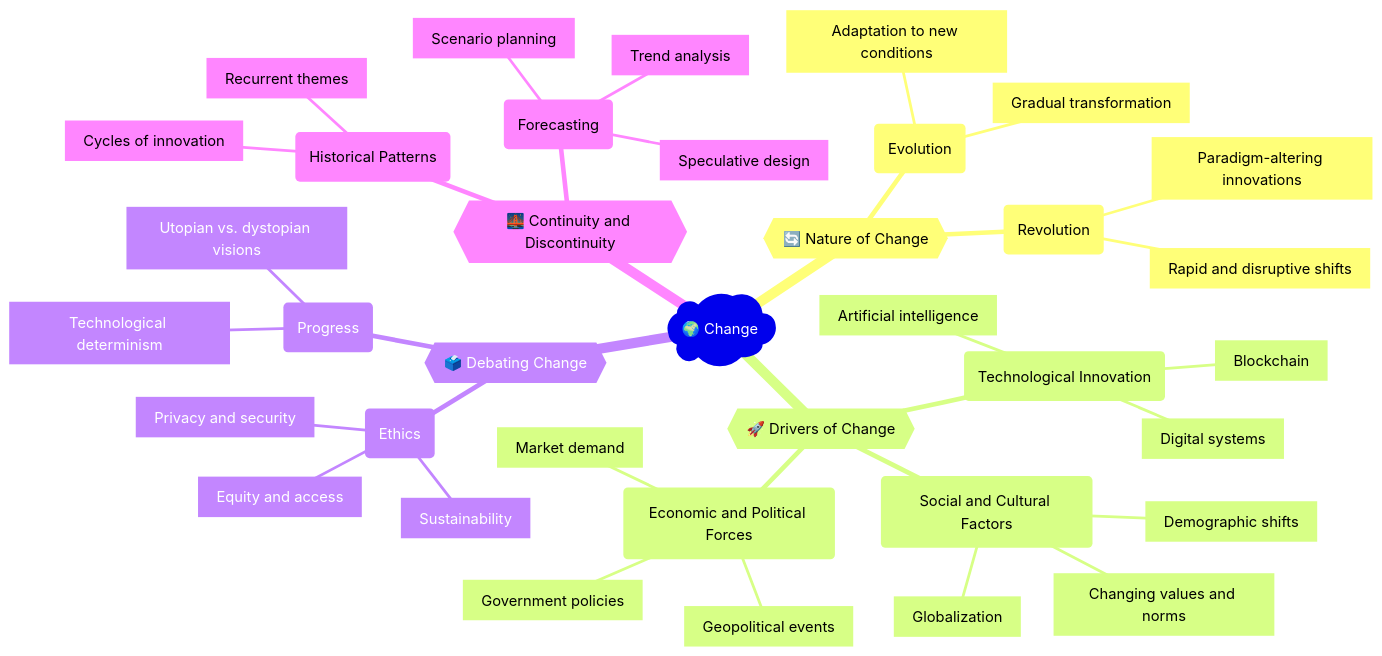
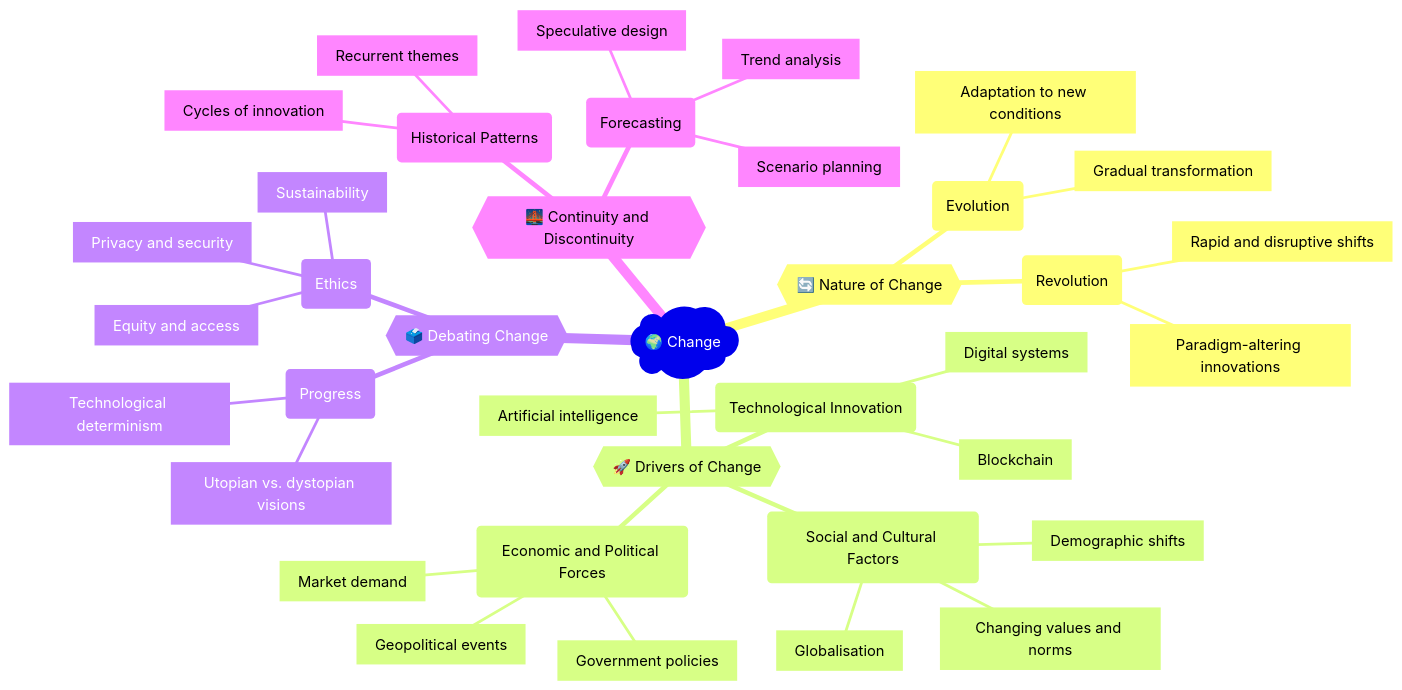
The diagram in docs/concepts/21-change.md (frederic-nevers/digsocrevision), drawn with Mermaid before and after one commit. The commit also changed other lines of this file and 6 other files, not shown here.

````diff
--- a/docs/concepts/21-change.md
+++ b/docs/concepts/21-change.md
@@ -13,40 +17,40 @@
 ```mermaid
 mindmap
   root)🌍 Change(
     Nature of Change{{🔄 Nature of Change}}
       (Evolution)
         [Gradual transformation]
         [Adaptation to new conditions]
       (Revolution)
         [Rapid and disruptive shifts]
         [Paradigm-altering innovations]
     Drivers of Change{{🚀 Drivers of Change}}
       (Technological Innovation)
         [Digital systems]
         [Artificial intelligence]
         [Blockchain]
       (Social and Cultural Factors)
         [Changing values and norms]
         [Demographic shifts]
-        [Globalization]
+        [Globalisation]
       (Economic and Political Forces)
         [Market demand]
         [Government policies]
         [Geopolitical events]
     Debating Change{{🗳️ Debating Change}}
       (Progress)
         [Technological determinism]
         [Utopian vs. dystopian visions]
       (Ethics)
         [Privacy and security]
         [Equity and access]
         [Sustainability]
     Continuity and Discontinuity{{🌉 Continuity and Discontinuity}}
       (Historical Patterns)
         [Cycles of innovation]
         [Recurrent themes]
       (Forecasting)
         [Trend analysis]
         [Scenario planning]
         [Speculative design]
 ```
````
